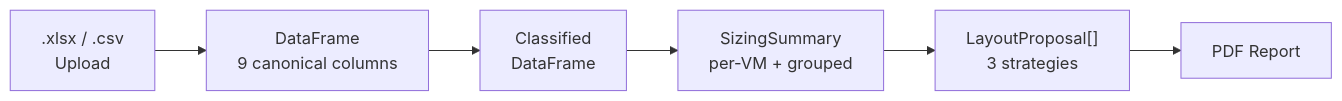
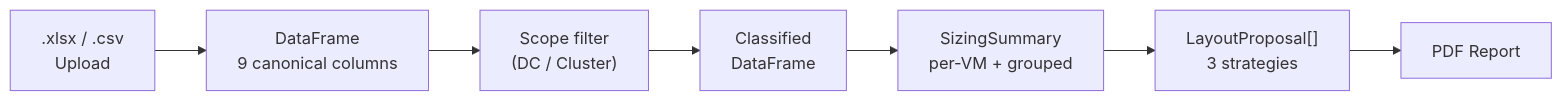
One commit to fjacquet/store-predict changed the second of 3 diagrams in docs/architecture.md. Above: the diagram before and after it, drawn with Mermaid. The commit also changed other lines of this file and 4 other files, not shown here.

First line of the commit message:
docs(v6.0): update ADRs, PRD, and architecture for v6.0

````diff
--- a/docs/architecture.md
+++ b/docs/architecture.md
@@ -47,8 +49,9 @@
 ```mermaid
 flowchart LR
     A[".xlsx / .csv<br/>Upload"] --> B["DataFrame<br/>9 canonical columns"]
-    B --> C["Classified<br/>DataFrame"]
+    B --> SC["Scope filter<br/>(DC / Cluster)"]
+    SC --> C["Classified<br/>DataFrame"]
     C --> D["SizingSummary<br/>per-VM + grouped"]
     D --> E1["LayoutProposal[]<br/>3 strategies"]
     E1 --> E["PDF Report"]
 ```
````
